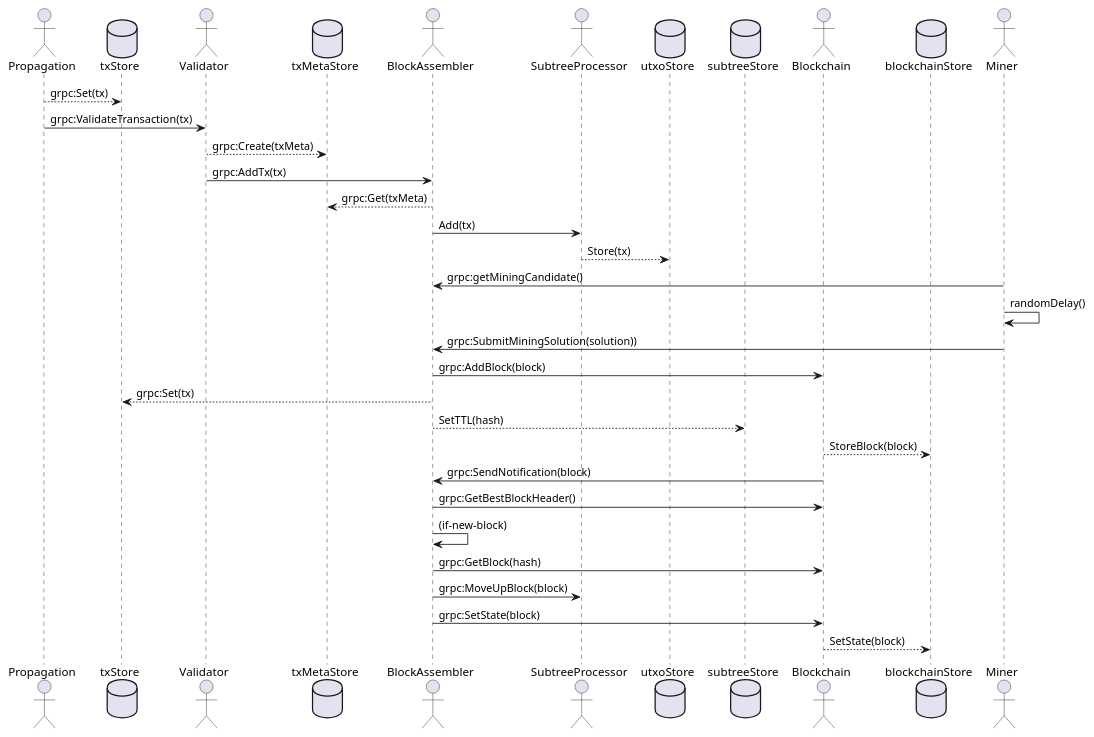
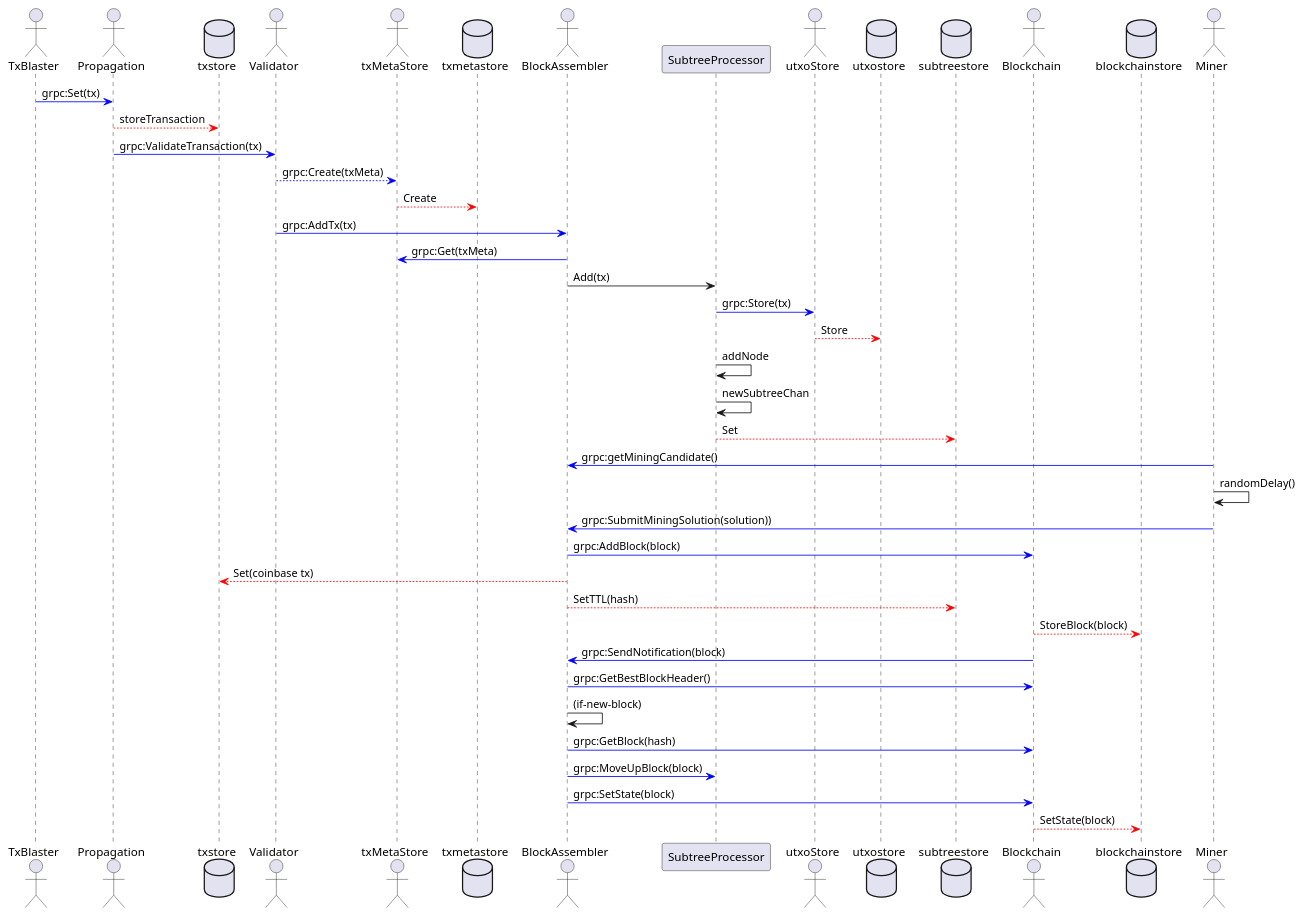
Before and after one commit to freemans13/teranode: the diagram in docs/overview.puml, drawn with PlantUML.

Commit message:
separate txMetaStore service from txmetastore database. Ditto utxo

```diff
--- a/docs/overview.puml
+++ b/docs/overview.puml
@@ -1,41 +1,52 @@
 @startuml overview
+actor TxBlaster
 actor Propagation
-database txStore
+database txstore
 actor Validator
-database txMetaStore
+actor txMetaStore
+database txmetastore
 actor BlockAssembler
-actor SubtreeProcessor
-database utxoStore
-database subtreeStore
+participant SubtreeProcessor
+actor utxoStore
+database utxostore
+database subtreestore
 Actor Blockchain
-database blockchainStore
+database blockchainstore
 actor Miner
 
-Propagation --> txStore: grpc:Set(tx)
-Propagation -> Validator: grpc:ValidateTransaction(tx)
+TxBlaster -[#blue]> Propagation : grpc:Set(tx)
+Propagation -[#red]-> txstore: storeTransaction
+Propagation -[#blue]> Validator: grpc:ValidateTransaction(tx)
 
-Validator --> txMetaStore: grpc:Create(txMeta)
-Validator -> BlockAssembler: grpc:AddTx(tx)
+Validator -[#blue]-> txMetaStore: grpc:Create(txMeta)
+txMetaStore -[#red]-> txmetastore: Create
+Validator -[#blue]> BlockAssembler: grpc:AddTx(tx)
 
-BlockAssembler --> txMetaStore: grpc:Get(txMeta)
+BlockAssembler -[#blue]> txMetaStore: grpc:Get(txMeta)
 BlockAssembler -> SubtreeProcessor: Add(tx)
-SubtreeProcessor --> utxoStore: Store(tx)
+SubtreeProcessor -[#blue]> utxoStore: grpc:Store(tx)
+utxoStore -[#red]-> utxostore: Store
+SubtreeProcessor -> SubtreeProcessor : addNode
+SubtreeProcessor -> SubtreeProcessor : newSubtreeChan
+SubtreeProcessor -[#red]-> subtreestore : Set
 
-Miner -> BlockAssembler : grpc:getMiningCandidate()
+
+
+Miner -[#blue]> BlockAssembler : grpc:getMiningCandidate()
 Miner -> Miner : randomDelay()
-Miner -> BlockAssembler : grpc:SubmitMiningSolution(solution))
+Miner -[#blue]> BlockAssembler : grpc:SubmitMiningSolution(solution))
 
-BlockAssembler -> Blockchain : grpc:AddBlock(block)
-BlockAssembler --> txStore : grpc:Set(tx)
-BlockAssembler --> subtreeStore : SetTTL(hash)
-Blockchain --> blockchainStore : StoreBlock(block)
-Blockchain -> BlockAssembler : grpc:SendNotification(block)
-BlockAssembler -> Blockchain : grpc:GetBestBlockHeader()
+BlockAssembler -[#blue]> Blockchain : grpc:AddBlock(block)
+BlockAssembler -[#red]-> txstore : Set(coinbase tx)
+BlockAssembler -[#red]-> subtreestore : SetTTL(hash)
+Blockchain -[#red]-> blockchainstore : StoreBlock(block)
+Blockchain -[#blue]> BlockAssembler : grpc:SendNotification(block)
+BlockAssembler -[#blue]> Blockchain : grpc:GetBestBlockHeader()
 BlockAssembler -> BlockAssembler : (if-new-block)
-BlockAssembler -> Blockchain : grpc:GetBlock(hash)
-BlockAssembler -> SubtreeProcessor : grpc:MoveUpBlock(block)
-BlockAssembler -> Blockchain : grpc:SetState(block)
-Blockchain --> blockchainStore : SetState(block)
+BlockAssembler -[#blue]> Blockchain : grpc:GetBlock(hash)
+BlockAssembler -[#blue]> SubtreeProcessor : grpc:MoveUpBlock(block)
+BlockAssembler -[#blue]> Blockchain : grpc:SetState(block)
+Blockchain -[#red]-> blockchainstore : SetState(block)
 
 
 @enduml
```
